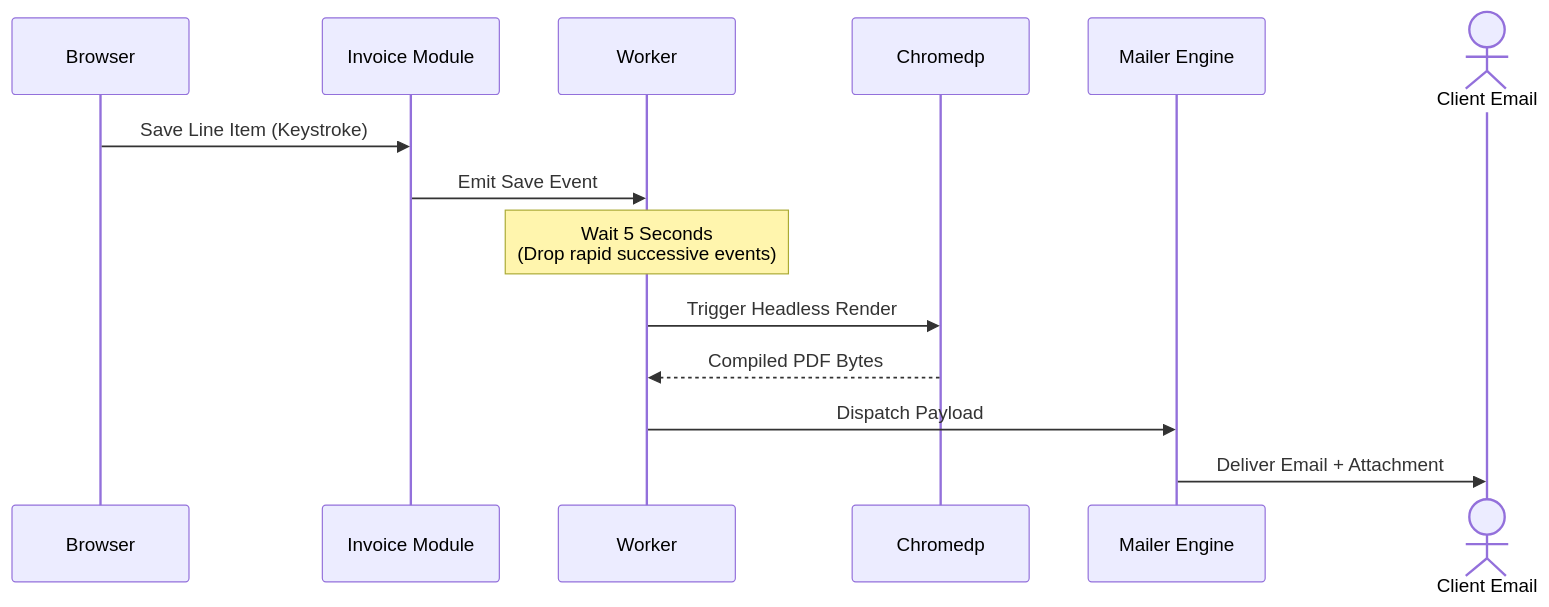
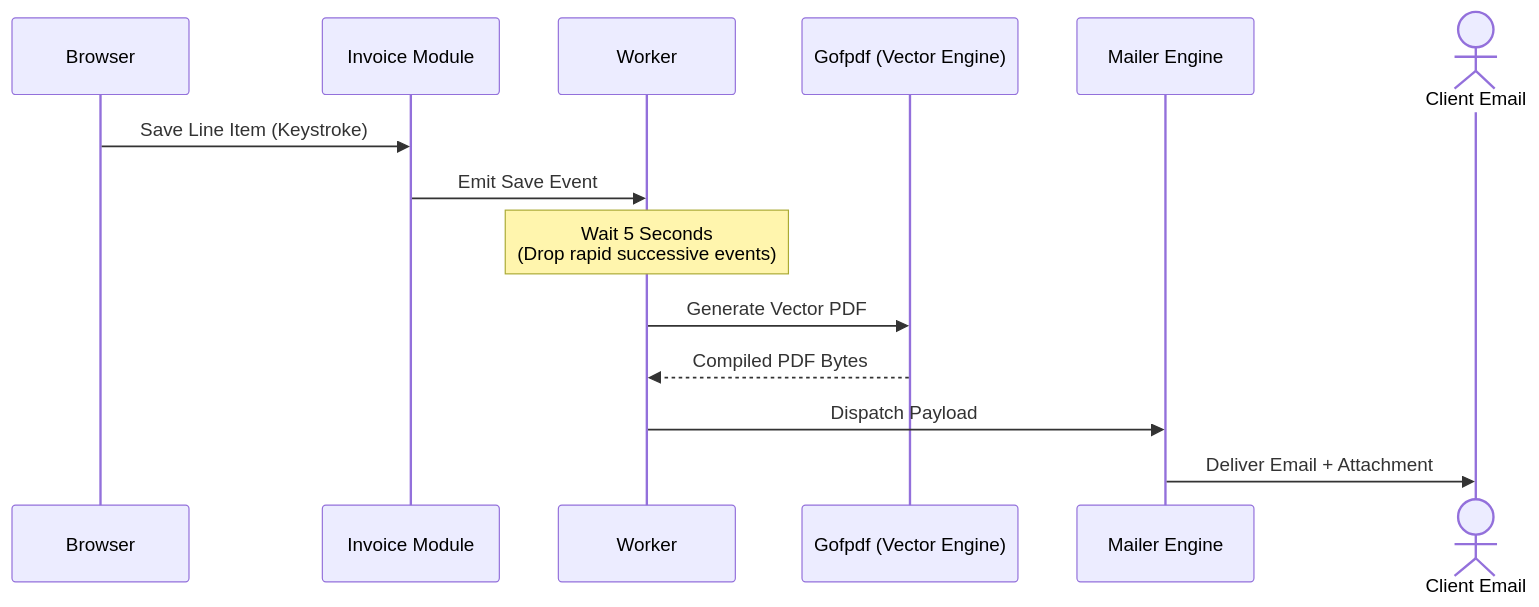
The fifth of 5 diagrams in docs/architecture.md (BasilSaeedBari/LayerInvoice), drawn with Mermaid before and after one commit. The commit also changed other lines of this file and 10 other files, not shown here.

````diff
--- a/docs/architecture.md
+++ b/docs/architecture.md
@@ -129,18 +129,18 @@
 ```mermaid
 sequenceDiagram
     participant UI as Browser
     participant Inv as Invoice Module
     participant Debounce as Worker
-    participant PDF as Chromedp
+    participant PDF as Gofpdf (Vector Engine)
     participant SMTP as Mailer Engine
     actor Inbox as Client Email
 
     UI->>Inv: Save Line Item (Keystroke)
     Inv->>Debounce: Emit Save Event
     Note over Debounce: Wait 5 Seconds<br/>(Drop rapid successive events)
-    Debounce->>PDF: Trigger Headless Render
+    Debounce->>PDF: Generate Vector PDF
     PDF-->>Debounce: Compiled PDF Bytes
     Debounce->>SMTP: Dispatch Payload
     SMTP->>Inbox: Deliver Email + Attachment
 
 ```
````
